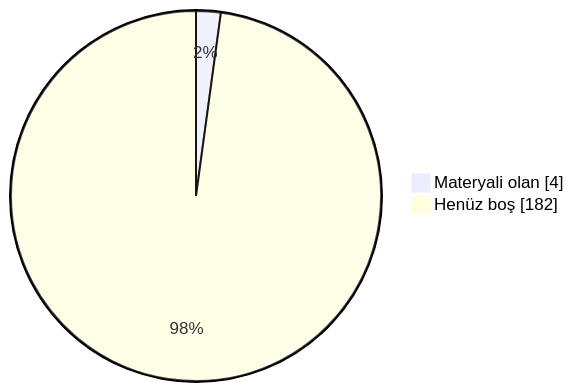
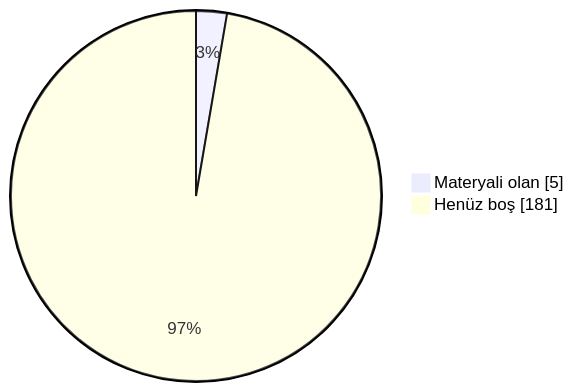
The diagram in README.md (MarmaraArsiv/muh_bilgisayar), drawn with Mermaid before and after one commit. The commit also changed other lines of this file, not shown here.

````diff
--- a/README.md
+++ b/README.md
@@ -105,5 +105,5 @@
 ```mermaid
 pie showData
-  "Materyali olan" : 4
-  "Henüz boş" : 182
+  "Materyali olan" : 5
+  "Henüz boş" : 181
 ```
````
